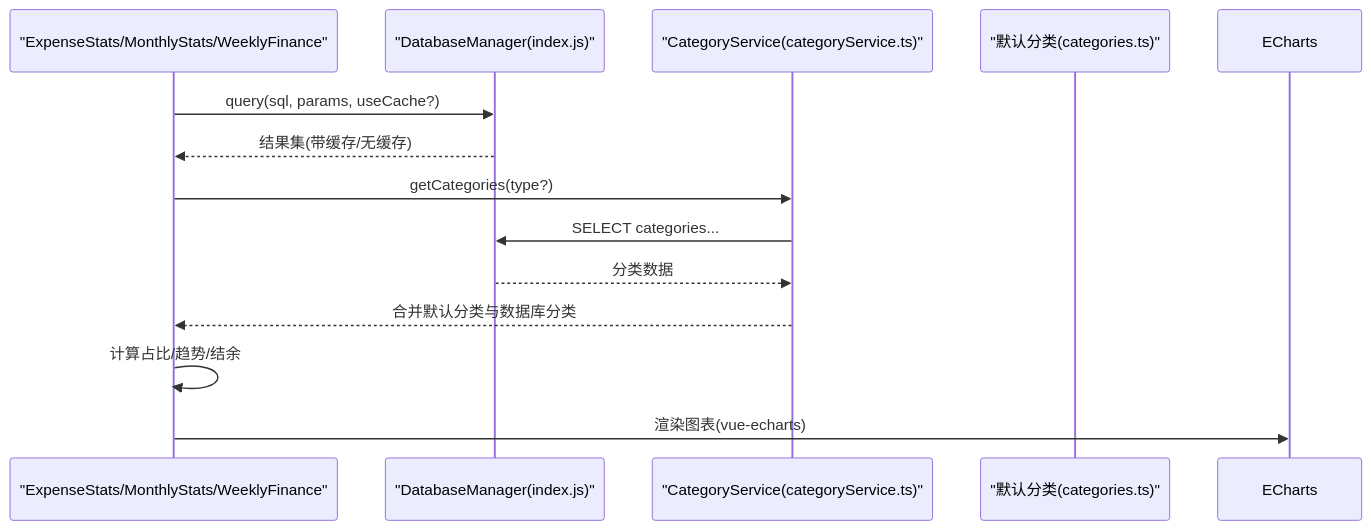
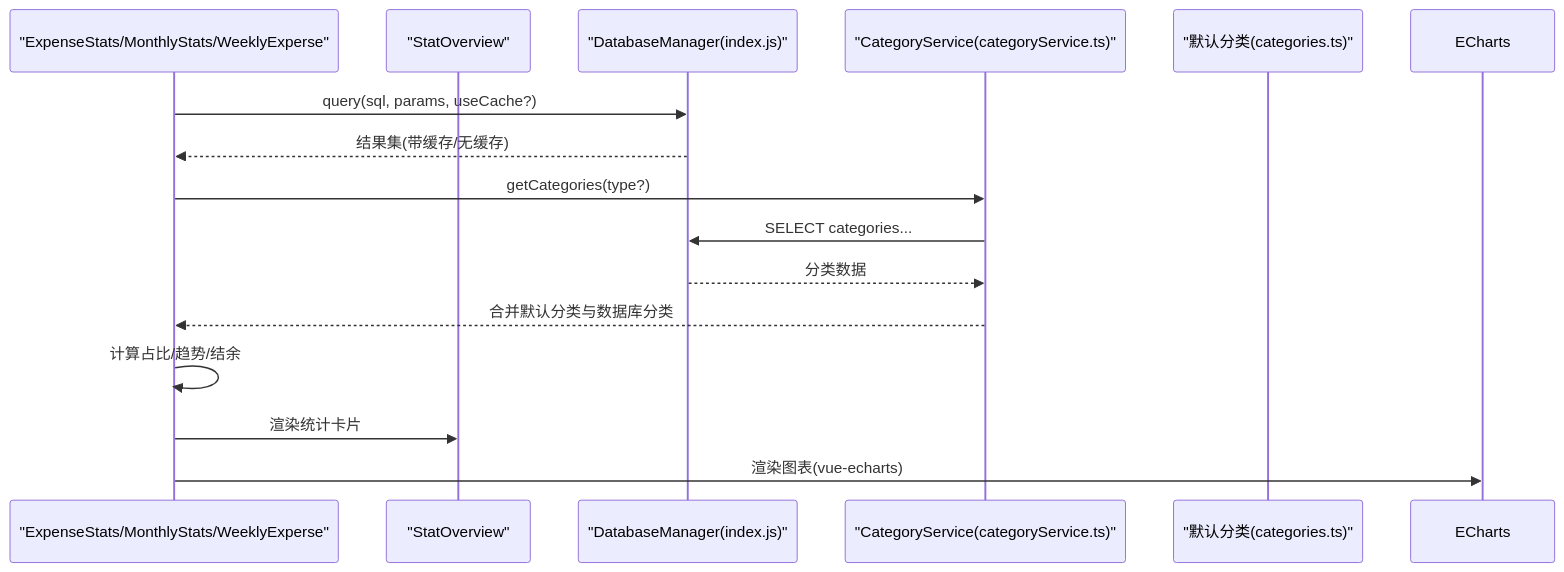
The second of 8 diagrams in .qoder/repowiki/zh/content/支出管理/支出统计分析.md (xiao-lin-unit/yuan), drawn with Mermaid before and after one commit. The commit also changed other lines of this file and 14 other files, not shown here.

````diff
--- a/.qoder/repowiki/zh/content/支出管理/支出统计分析.md
+++ b/.qoder/repowiki/zh/content/支出管理/支出统计分析.md
@@ -92,15 +99,17 @@
 ```mermaid
 sequenceDiagram
-participant UI as "ExpenseStats/MonthlyStats/WeeklyFinance"
+participant UI as "ExpenseStats/MonthlyStats/WeeklyExperse"
+participant SO as "StatOverview"
 participant DB as "DatabaseManager(index.js)"
 participant CS as "CategoryService(categoryService.ts)"
 participant CAT as "默认分类(categories.ts)"
 UI->>DB : query(sql, params, useCache?)
 DB-->>UI : 结果集(带缓存/无缓存)
 UI->>CS : getCategories(type?)
 CS->>DB : SELECT categories...
 DB-->>CS : 分类数据
 CS-->>UI : 合并默认分类与数据库分类
 UI->>UI : 计算占比/趋势/结余
+UI->>SO : 渲染统计卡片
 UI->>ECharts : 渲染图表(vue-echarts)
 ```
````
